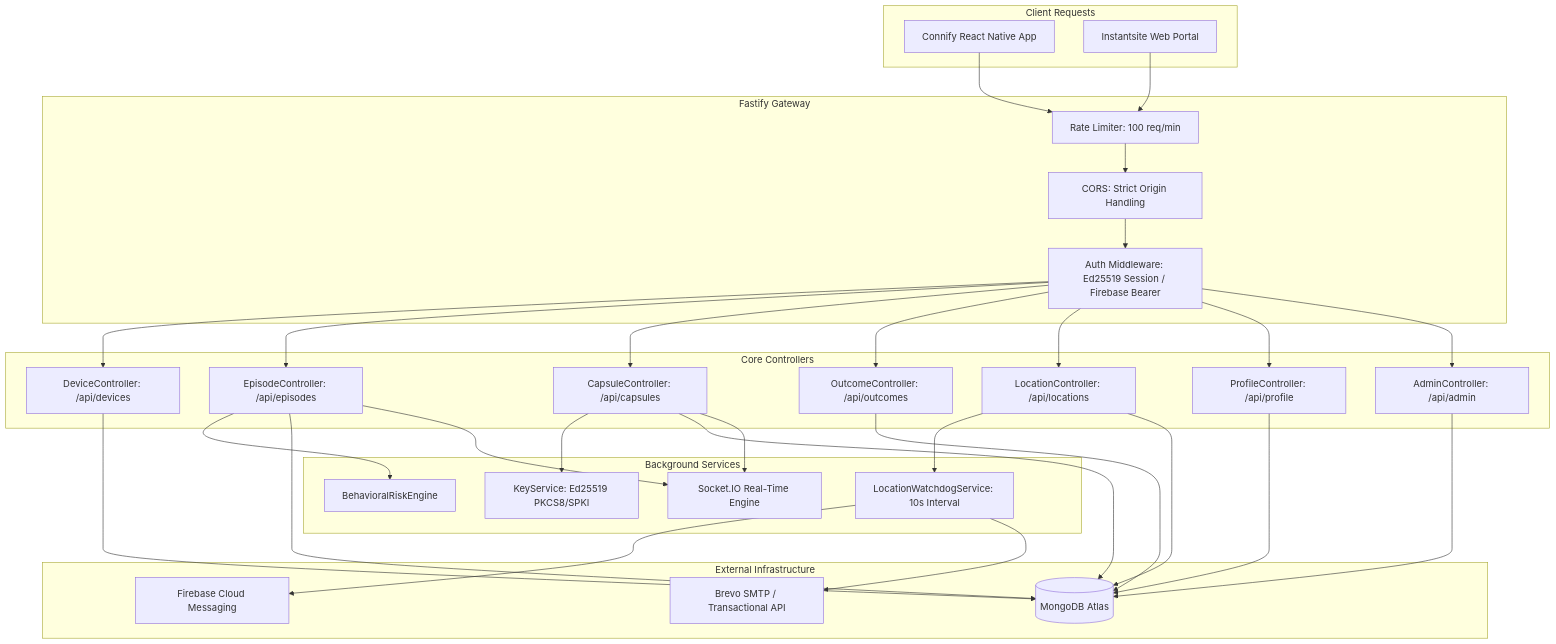
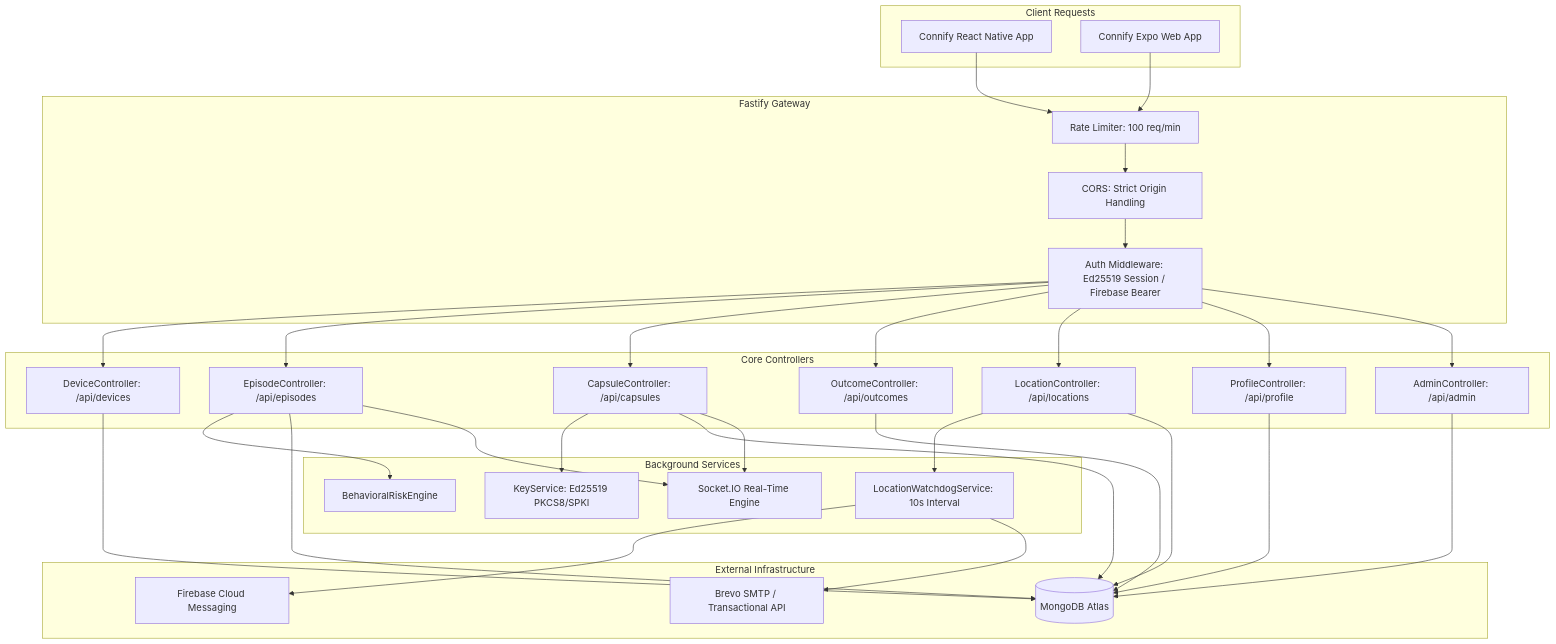
One commit to TheOrionGD/Connify-APP changed the second of 3 diagrams in README.md. Above: the diagram before and after it, drawn with Mermaid. The commit also changed other lines of this file and 18 other files, not shown here.

````diff
--- a/README.md
+++ b/README.md
@@ -224,45 +276,45 @@
 ```mermaid
 graph TD
     subgraph Client Requests
         M[Connify React Native App]
-        W[Instantsite Web Portal]
+        W[Connify Expo Web App]
     end
 
     subgraph Fastify Gateway
         R[Rate Limiter: 100 req/min]
         C[CORS: Strict Origin Handling]
         A[Auth Middleware: Ed25519 Session / Firebase Bearer]
     end
 
     subgraph Core Controllers
         DC[DeviceController: /api/devices]
         EC[EpisodeController: /api/episodes]
         CC[CapsuleController: /api/capsules]
         OC[OutcomeController: /api/outcomes]
         LC[LocationController: /api/locations]
         PC[ProfileController: /api/profile]
         AC[AdminController: /api/admin]
     end
 
     subgraph Background Services
         WD[LocationWatchdogService: 10s Interval]
         BRE[BehavioralRiskEngine]
         KS[KeyService: Ed25519 PKCS8/SPKI]
         SIO[Socket.IO Real-Time Engine]
     end
 
     subgraph External Infrastructure
         DB[(MongoDB Atlas)]
         FCM[Firebase Cloud Messaging]
         BRV[Brevo SMTP / Transactional API]
     end
 
     M & W --> R --> C --> A
     A --> DC & EC & CC & OC & LC & PC & AC
     EC --> BRE
     CC --> KS
     LC --> WD
     WD --> FCM & BRV
     DC & EC & CC & OC & LC & PC & AC --> DB
     EC & CC --> SIO
 ```
````
